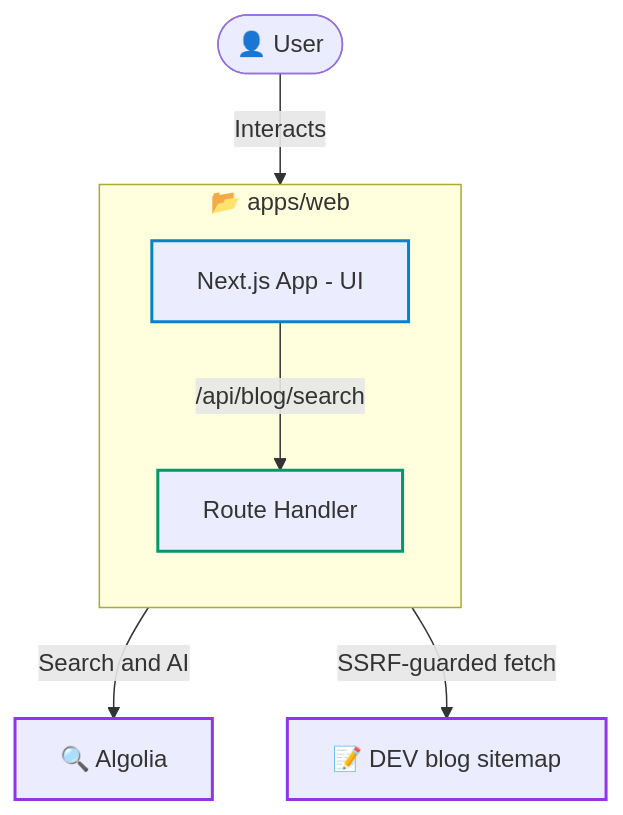
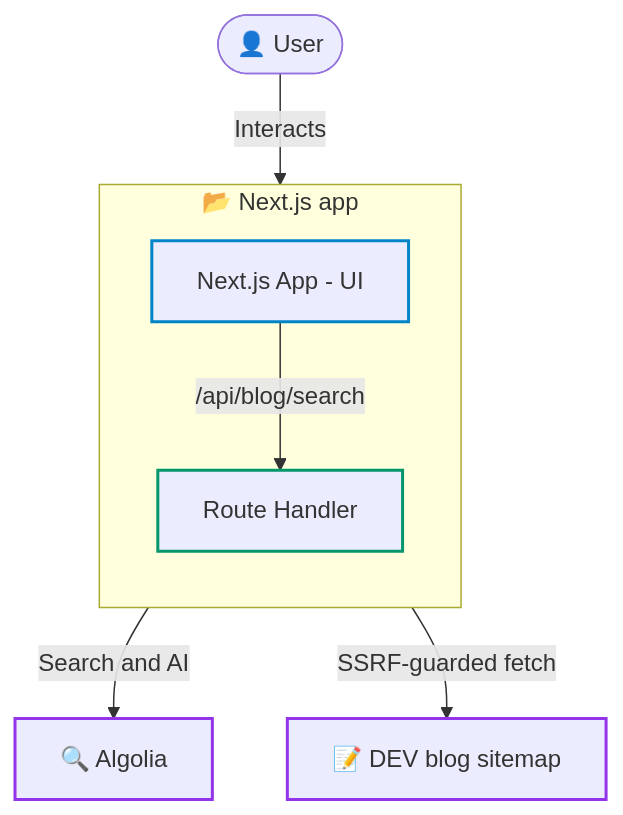
Before and after one commit to anchildress1/system-notes: the diagram in ARCHITECTURE.md, drawn with Mermaid. The commit also changed other lines of this file and 189 other files, not shown here.

````diff
--- a/ARCHITECTURE.md
+++ b/ARCHITECTURE.md
@@ -9,20 +9,20 @@
 ```mermaid
 %%{init: {'theme': 'default'}}%%
 graph TD
     accTitle: System Notes architecture
     accDescr: A single Next.js app serves the UI and a blog-search route handler. The browser talks to Algolia for search and AI, and the route handler aggregates the DEV blog from an external sitemap behind an SSRF guard.
 
     classDef frontend stroke:#0284C7,stroke-width:2px;
     classDef backend stroke:#059669,stroke-width:2px;
     classDef external stroke:#9333EA,stroke-width:2px;
 
     User([👤 User]) -->|Interacts| Web[Next.js App - UI]:::frontend
 
-    subgraph App [📂 apps/web]
+    subgraph App [📂 Next.js app]
         direction TB
         Web -->|/api/blog/search| Route[Route Handler]:::backend
     end
 
     Web -->|Search and AI| Algolia["🔍 Algolia"]:::external
     Route -->|SSRF-guarded fetch| Blog["📝 DEV blog sitemap"]:::external
 ```
````
